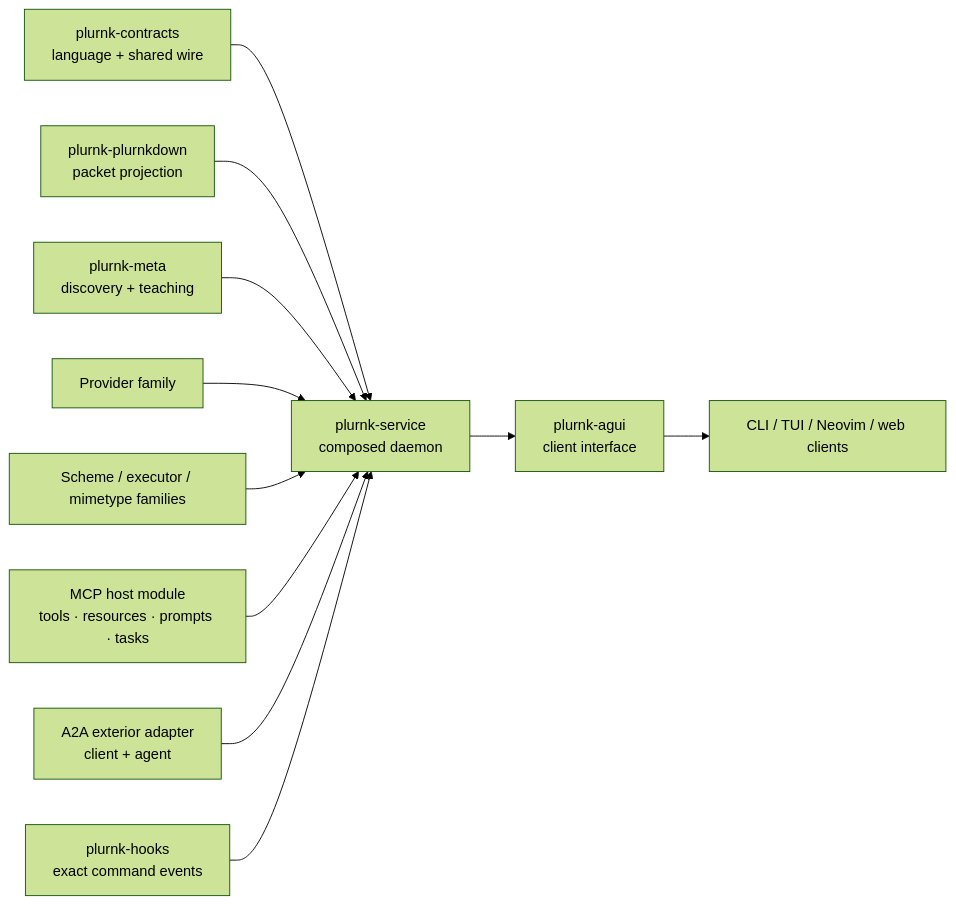
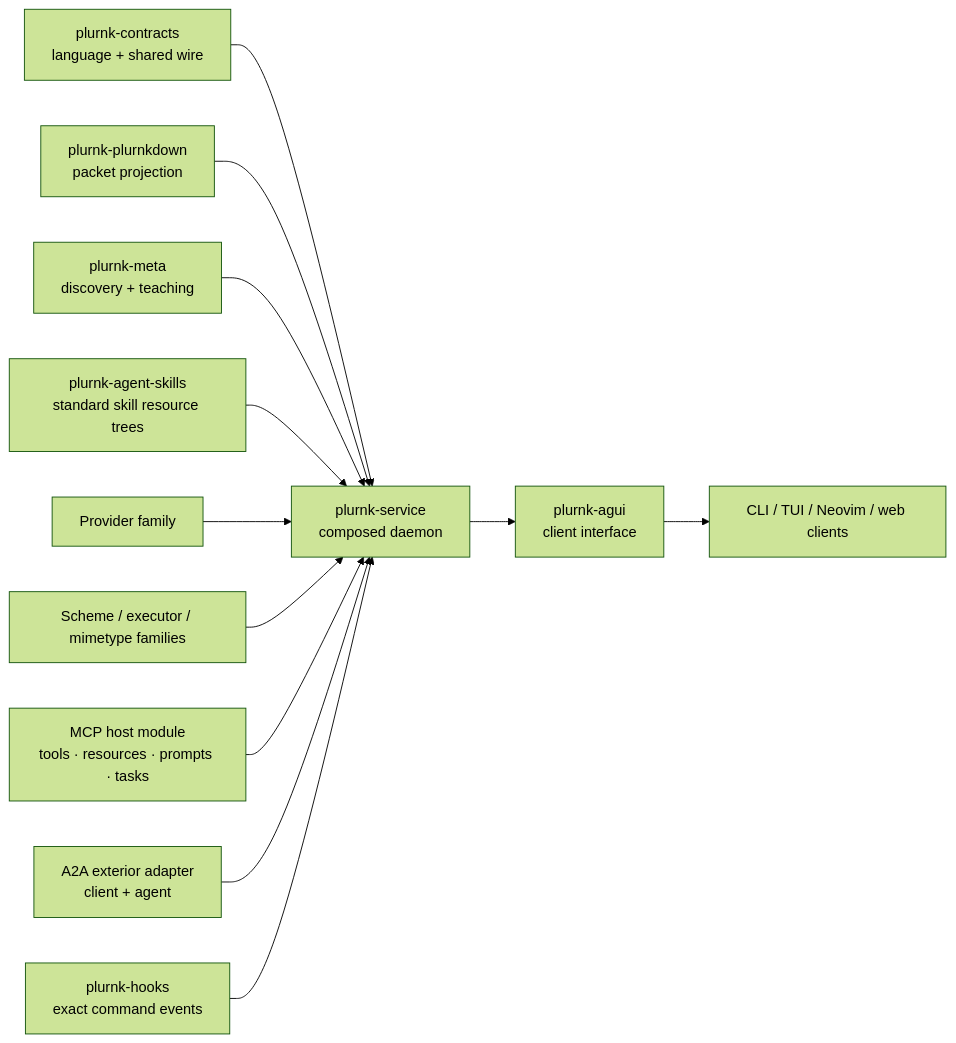
One commit to plurnk/plurnk-service changed the second of 4 diagrams in ARCHITECTURE.md. Above: the diagram before and after it, drawn with Mermaid (forest theme). The commit also changed other lines of this file and 17 other files, not shown here.

````diff
--- a/ARCHITECTURE.md
+++ b/ARCHITECTURE.md
@@ -32,14 +32,15 @@
 ```mermaid
 flowchart LR
     contracts["plurnk-contracts<br/>language + shared wire"] --> core
     packet["plurnk-plurnkdown<br/>packet projection"] --> core
     meta["plurnk-meta<br/>discovery + teaching"] --> core
+    skills["plurnk-agent-skills<br/>standard skill resource trees"] --> core
     providers["Provider family"] --> core
     capabilities["Scheme / executor / mimetype families"] --> core
     mcp["MCP host module<br/>tools · resources · prompts · tasks"] --> core
     a2a["A2A exterior adapter<br/>client + agent"] --> core
     hooks["plurnk-hooks<br/>exact command events"] --> core
     core["plurnk-service<br/>composed daemon"]
     core --> agui["plurnk-agui<br/>client interface"]
     agui --> clients["CLI / TUI / Neovim / web clients"]
 ```
````
